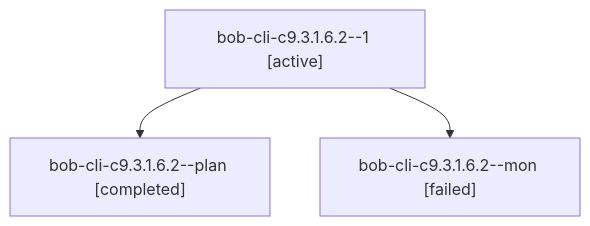
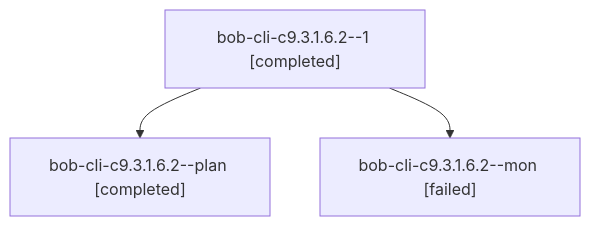
Before and after one commit to bobs-org/bob-cli--agents: the diagram in sessions/bbugyi200.athena.bob-cli-c9.3.1.6.2.md, drawn with Mermaid. The commit also changed other lines of this file and 37 other files, not shown here.

````diff
--- a/sessions/bbugyi200.athena.bob-cli-c9.3.1.6.2.md
+++ b/sessions/bbugyi200.athena.bob-cli-c9.3.1.6.2.md
@@ -9,8 +9,8 @@
 ```mermaid
 flowchart TD
-  n0["bob-cli-c9.3.1.6.2--1 [active]"]
+  n0["bob-cli-c9.3.1.6.2--1 [completed]"]
   n1["bob-cli-c9.3.1.6.2--plan [completed]"]
   n0 --> n1
   n2["bob-cli-c9.3.1.6.2--mon [failed]"]
   n0 --> n2
 ```
````
